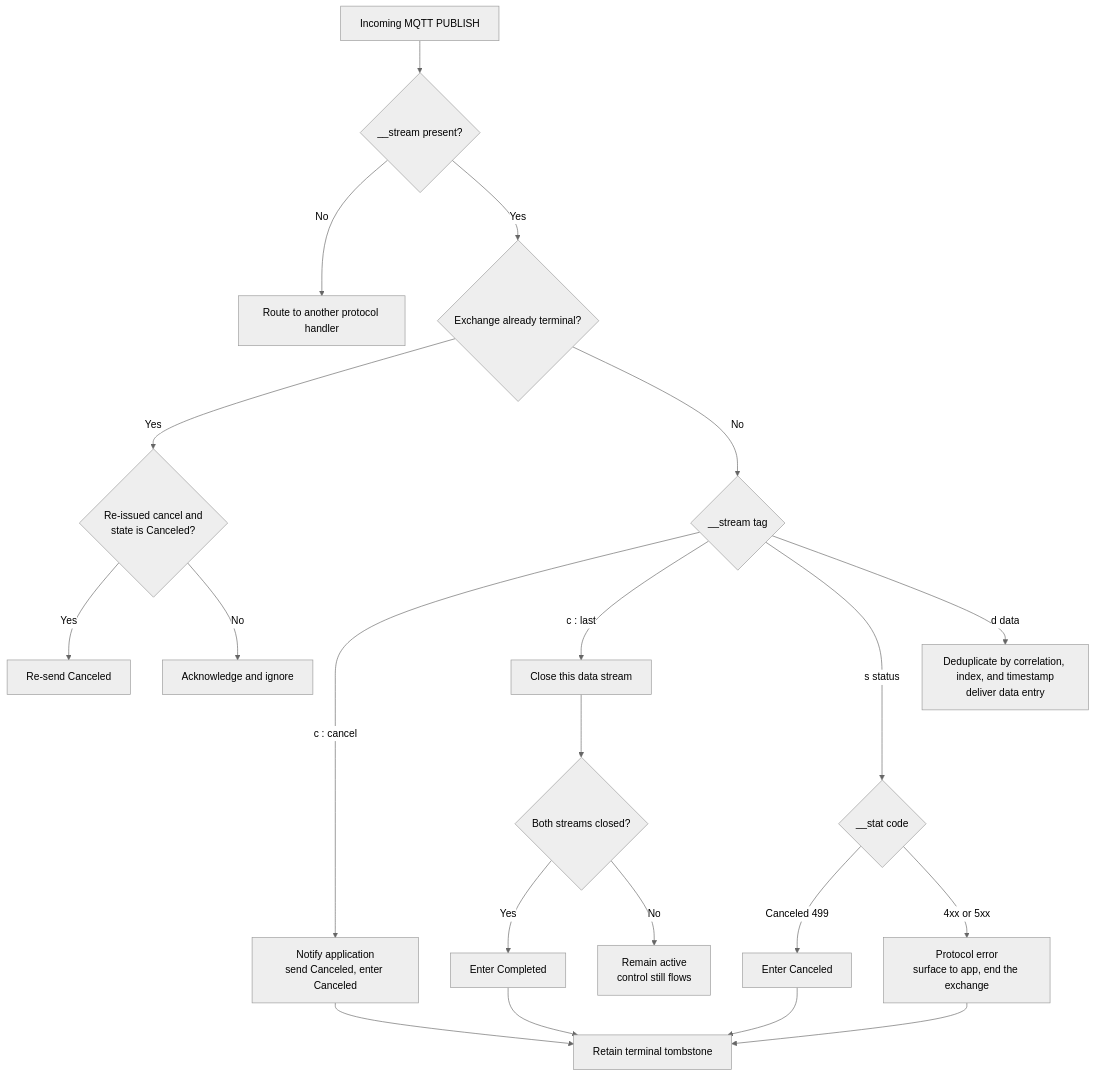
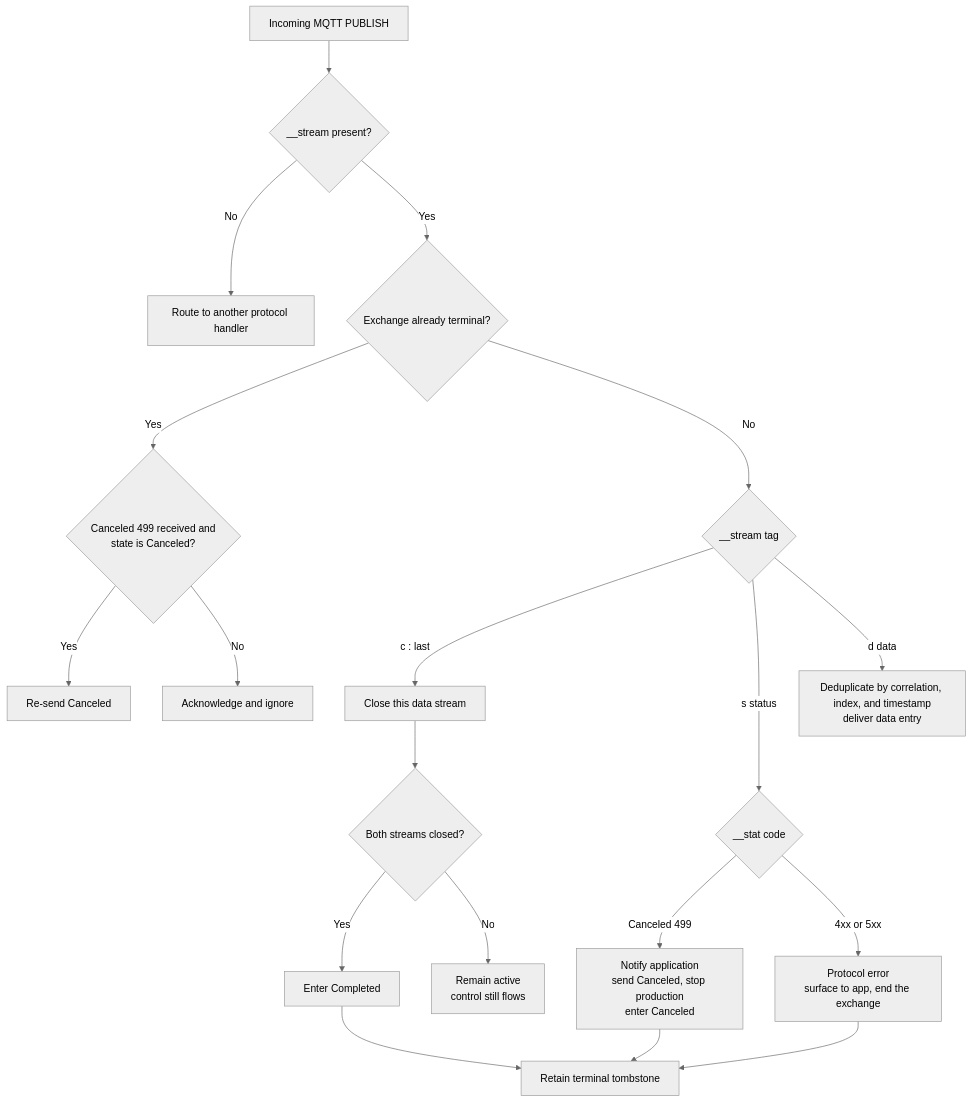
Before and after one commit to Azure/iot-operations-sdks: the ninth of 10 diagrams in doc/dev/adr/0025-rpc-streaming-lifecycle-diagrams.md, drawn with Mermaid (neutral theme). The commit also changed other lines of this file, not shown here.

Commit message:
fix: clarify cancellation message handling in RPC streaming lifecycle diagrams

````diff
--- a/doc/dev/adr/0025-rpc-streaming-lifecycle-diagrams.md
+++ b/doc/dev/adr/0025-rpc-streaming-lifecycle-diagrams.md
@@ -349,23 +356,21 @@
 ```mermaid
 flowchart TD
     P["Incoming MQTT PUBLISH"] --> S{"__stream present?"}
     S -- "No" --> O["Route to another protocol handler"]
     S -- "Yes" --> T{"Exchange already terminal?"}
-    T -- "Yes" --> RC{"Re-issued cancel and<br/>state is Canceled?"}
+    T -- "Yes" --> RC{"Canceled 499 received and<br/>state is Canceled?"}
     RC -- "Yes" --> RA["Re-send Canceled"]
     RC -- "No" --> AI["Acknowledge and ignore"]
     T -- "No" --> TAG{"__stream tag"}
-    TAG -- "c : cancel" --> PC["Notify application<br/>send Canceled, enter Canceled"]
     TAG -- "c : last" --> HC["Close this data stream"]
     HC --> BC{"Both streams closed?"}
     BC -- "Yes" --> CO["Enter Completed"]
     BC -- "No" --> AC["Remain active<br/>control still flows"]
     TAG -- "s status" --> ST{"__stat code"}
-    ST -- "Canceled 499" --> CAN["Enter Canceled"]
+    ST -- "Canceled 499" --> CAN["Notify application<br/>send Canceled, stop production<br/>enter Canceled"]
     ST -- "4xx or 5xx" --> PE["Protocol error<br/>surface to app, end the exchange"]
     TAG -- "d data" --> D["Deduplicate by correlation, index, and timestamp<br/>deliver data entry"]
-    PC --> TS["Retain terminal tombstone"]
-    CAN --> TS
+    CAN --> TS["Retain terminal tombstone"]
     CO --> TS
     PE --> TS
 ```
````
